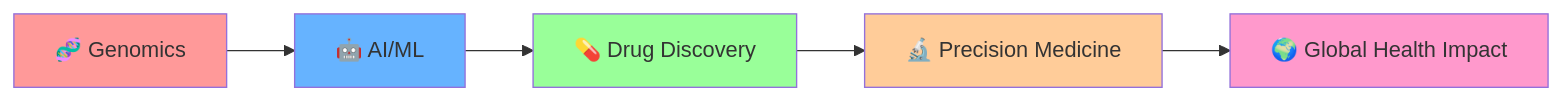
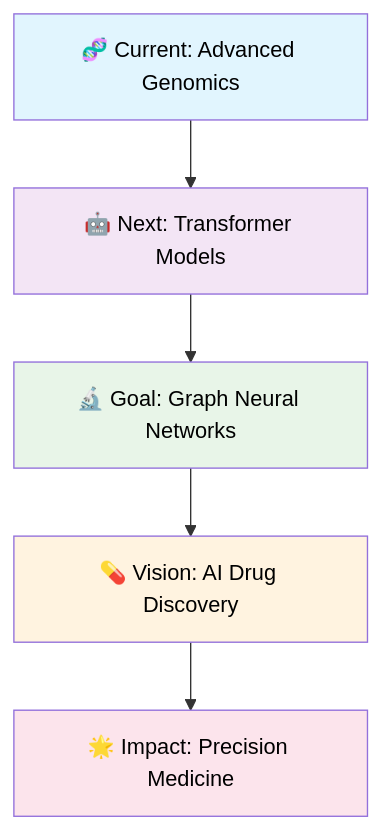
The diagram in README.md (jahnavigbedre/jahnavigbedre), drawn with Mermaid before and after one commit. The commit also changed other lines of this file, not shown here.

````diff
--- a/README.md
+++ b/README.md
@@ -187,13 +288,13 @@
 ```mermaid
-graph LR
-    A[🧬 Genomics] --> B[🤖 AI/ML]
-    B --> C[💊 Drug Discovery]
-    C --> D[🔬 Precision Medicine]
-    D --> E[🌍 Global Health Impact]
+graph TB
+    A[🧬 Current: Advanced Genomics] --> B[🤖 Next: Transformer Models]
+    B --> C[🔬 Goal: Graph Neural Networks]
+    C --> D[💊 Vision: AI Drug Discovery]
+    D --> E[🌟 Impact: Precision Medicine]
     
-    style A fill:#ff9999
-    style B fill:#66b3ff
-    style C fill:#99ff99
-    style D fill:#ffcc99
-    style E fill:#ff99cc
+    style A fill:#e1f5fe,color:#000000
+    style B fill:#f3e5f5,color:#000000
+    style C fill:#e8f5e8,color:#000000
+    style D fill:#fff3e0,color:#000000
+    style E fill:#fce4ec,color:#000000
 ```
````
